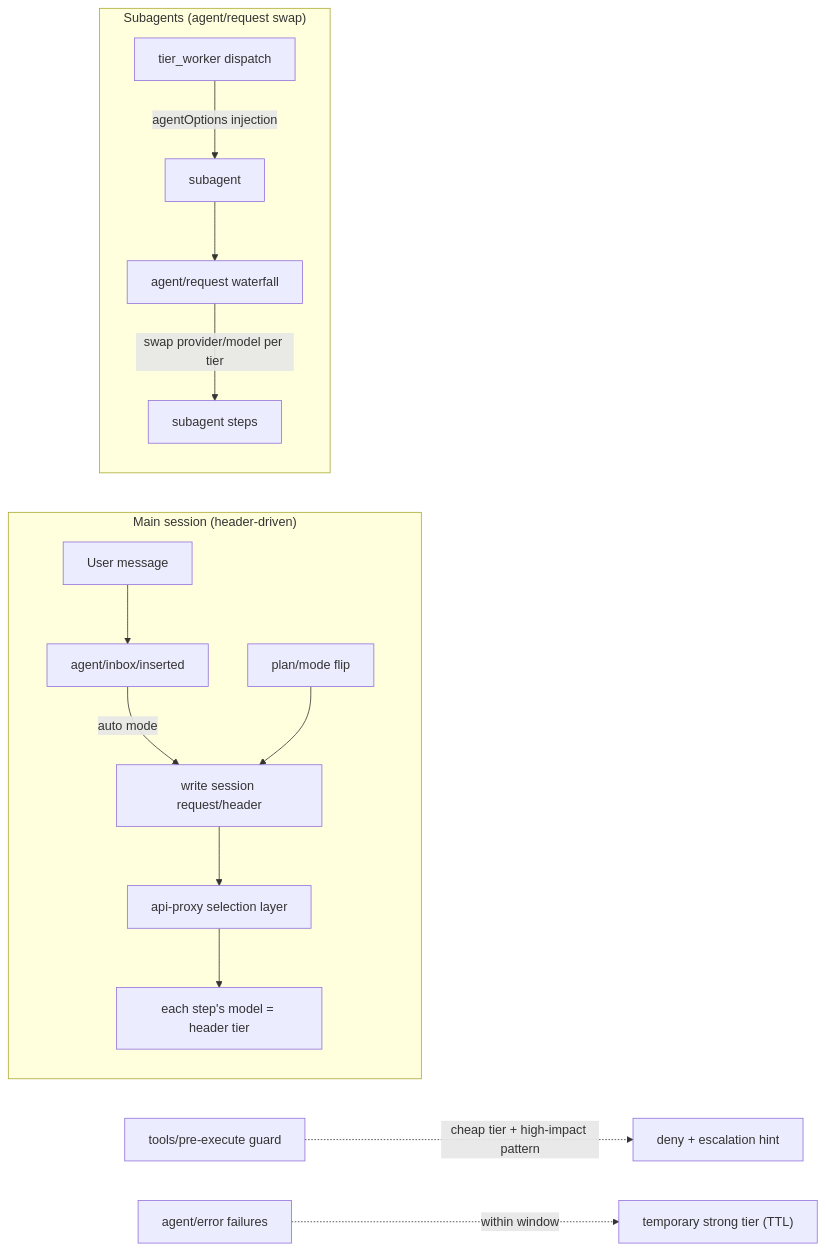
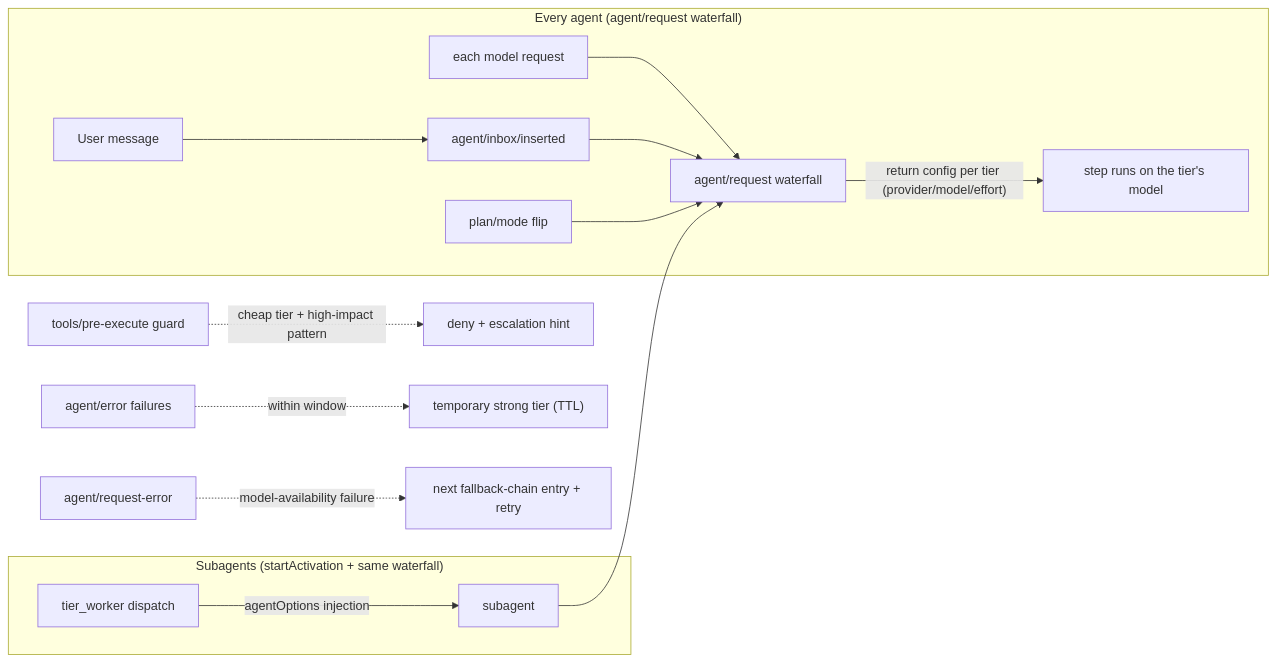
The first of 2 diagrams in README.md (20genesis14-sys/dsh-tier-orchestrator), drawn with Mermaid before and after one commit. The commit also changed other lines of this file and 33 other files, not shown here.

First line of the commit message:
release: v0.7.1 — three-tier layout, roles, plan gate, waterfall fix

````diff
--- a/README.md
+++ b/README.md
@@ -17,17 +17,17 @@
 ```mermaid
 flowchart LR
-    subgraph main["Main session (header-driven)"]
+    subgraph main["Every agent (agent/request waterfall)"]
       U["User message"] --> IN["agent/inbox/inserted"]
-      IN -->|"auto mode"| HW["write session request/header"]
-      PM["plan/mode flip"] --> HW
-      HW --> API["api-proxy selection layer"]
-      API --> STEP["each step's model = header tier"]
+      STEP0["each model request"] --> AR["agent/request waterfall"]
+      IN --> AR
+      PM["plan/mode flip"] --> AR
+      AR -->|"return config per tier (provider/model/effort)"| STEP["step runs on the tier's model"]
     end
-    subgraph child["Subagents (agent/request swap)"]
+    subgraph child["Subagents (startActivation + same waterfall)"]
       W["tier_worker dispatch"] -->|"agentOptions injection"| C["subagent"]
-      C --> AR["agent/request waterfall"]
-      AR -->|"swap provider/model per tier"| STEP2["subagent steps"]
+      C --> AR
     end
     G["tools/pre-execute guard"] -.->|"cheap tier + high-impact pattern"| DENY["deny + escalation hint"]
     E["agent/error failures"] -.->|"within window"| ESC["temporary strong tier (TTL)"]
+    FE["agent/request-error"] -.->|"model-availability failure"| FB["next fallback-chain entry + retry"]
 ```
````
